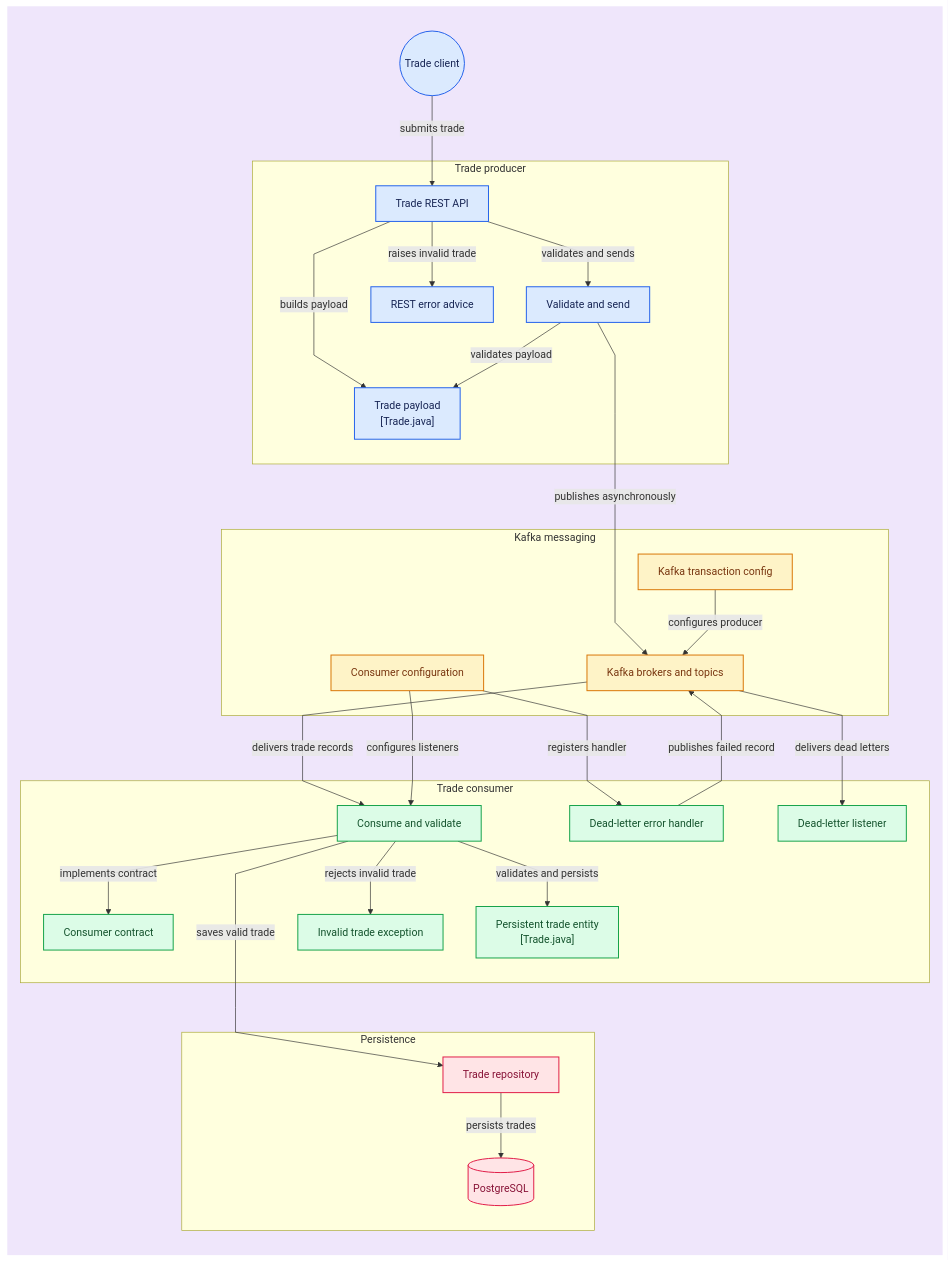
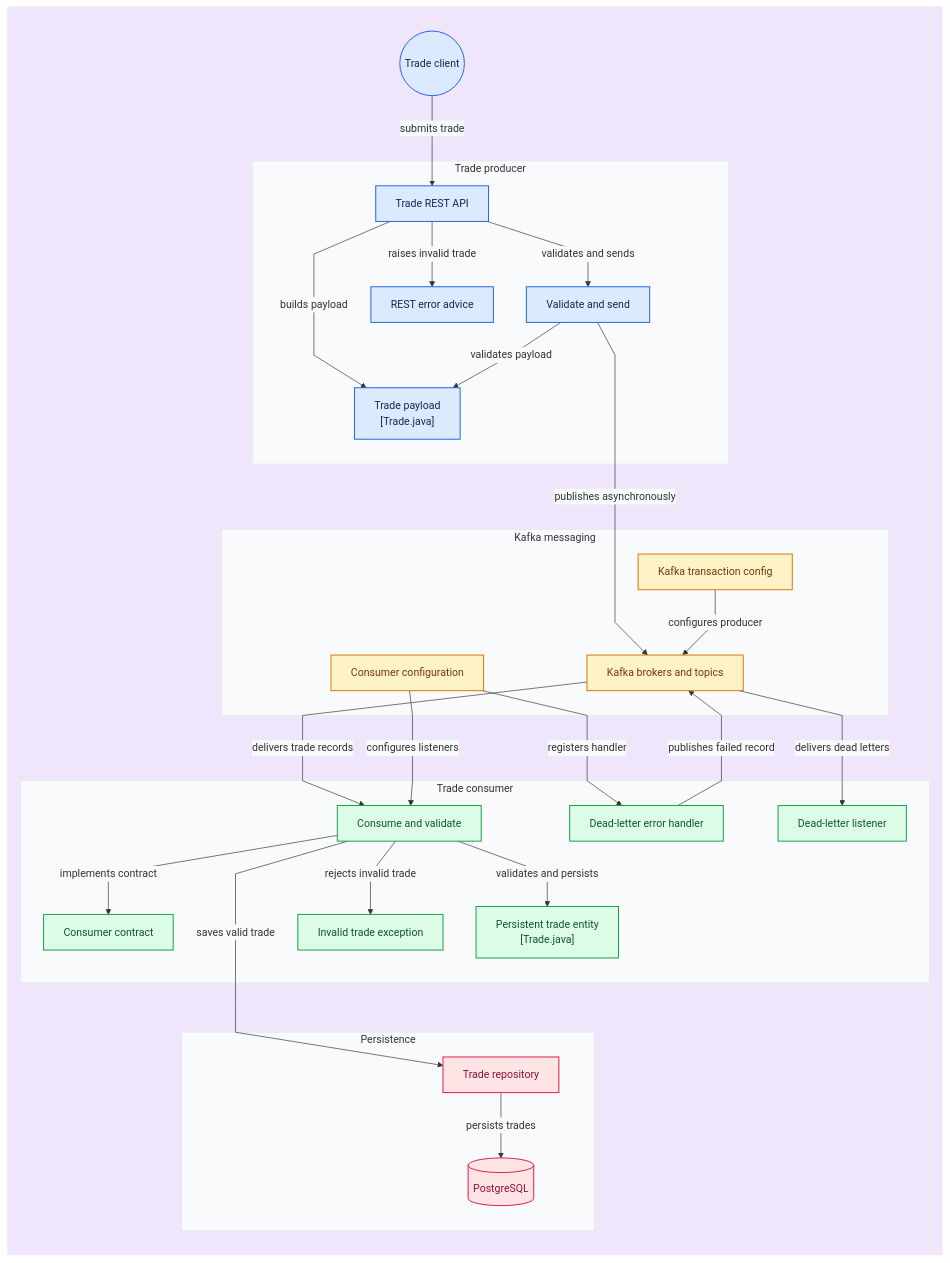
The diagram in README.md (atillatan/kafka-microservices-and-transactions), drawn with Mermaid before and after one commit.

Commit message:
Style the architecture diagram: light groups, sans font, no link underline

```diff
--- a/README.md
+++ b/README.md
@@ -6,6 +6,10 @@
 config:
   flowchart:
     curve: linear
+  fontFamily: "ui-sans-serif, system-ui, -apple-system, Helvetica Neue, Arial, sans-serif"
+  themeVariables:
+    edgeLabelBackground: "#f8fafc"
+  themeCSS: "a, a text, a span { text-decoration: none !important; }"
 ---
 flowchart TD
 subgraph canvas[" "]
@@ -66,6 +70,10 @@
 
 end
 style canvas fill:#efe6fb,stroke:none
+style group_producer fill:#f8fafc,stroke:#e2e8f0
+style group_messaging fill:#f8fafc,stroke:#e2e8f0
+style group_consumer fill:#f8fafc,stroke:#e2e8f0
+style group_persistence fill:#f8fafc,stroke:#e2e8f0
 
 click node_controller "https://github.com/atillatan/kafka-microservices-and-transactions/blob/main/src/producer/src/main/java/com/tradingcorp/producer/controller/TradeController.java"
 click node_producer_service "https://github.com/atillatan/kafka-microservices-and-transactions/blob/main/src/producer/src/main/java/com/tradingcorp/producer/service/TradeProducerService.java"
```
